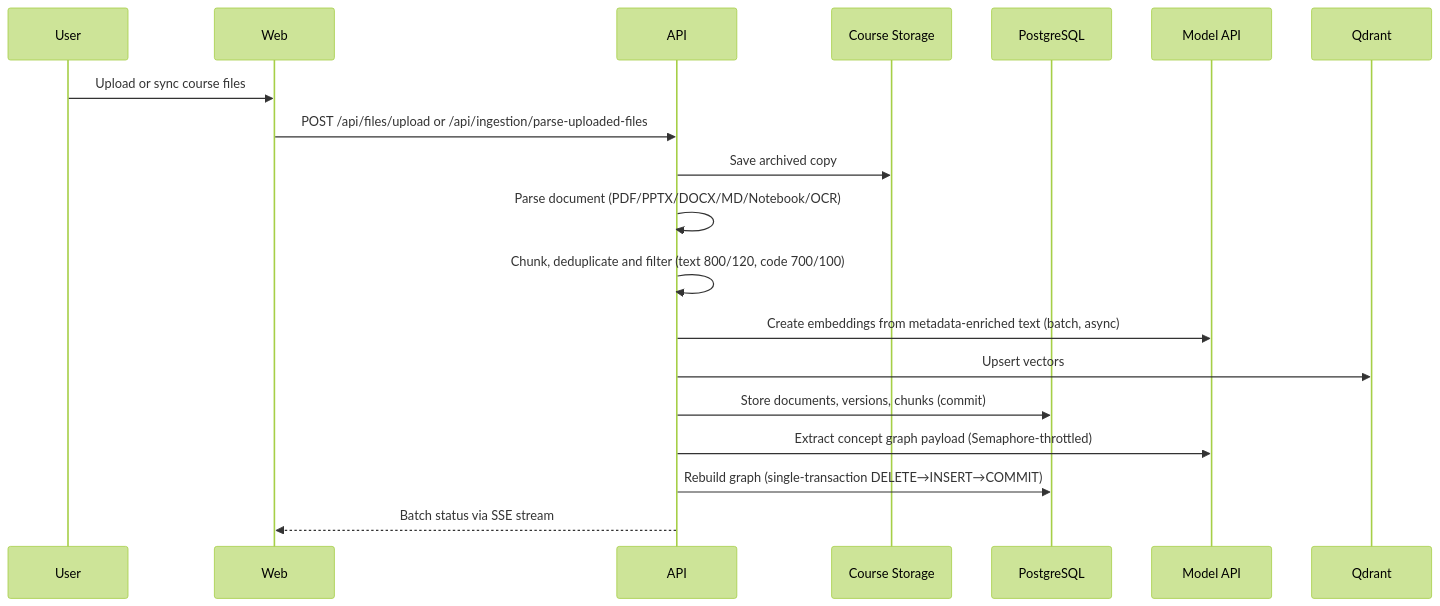
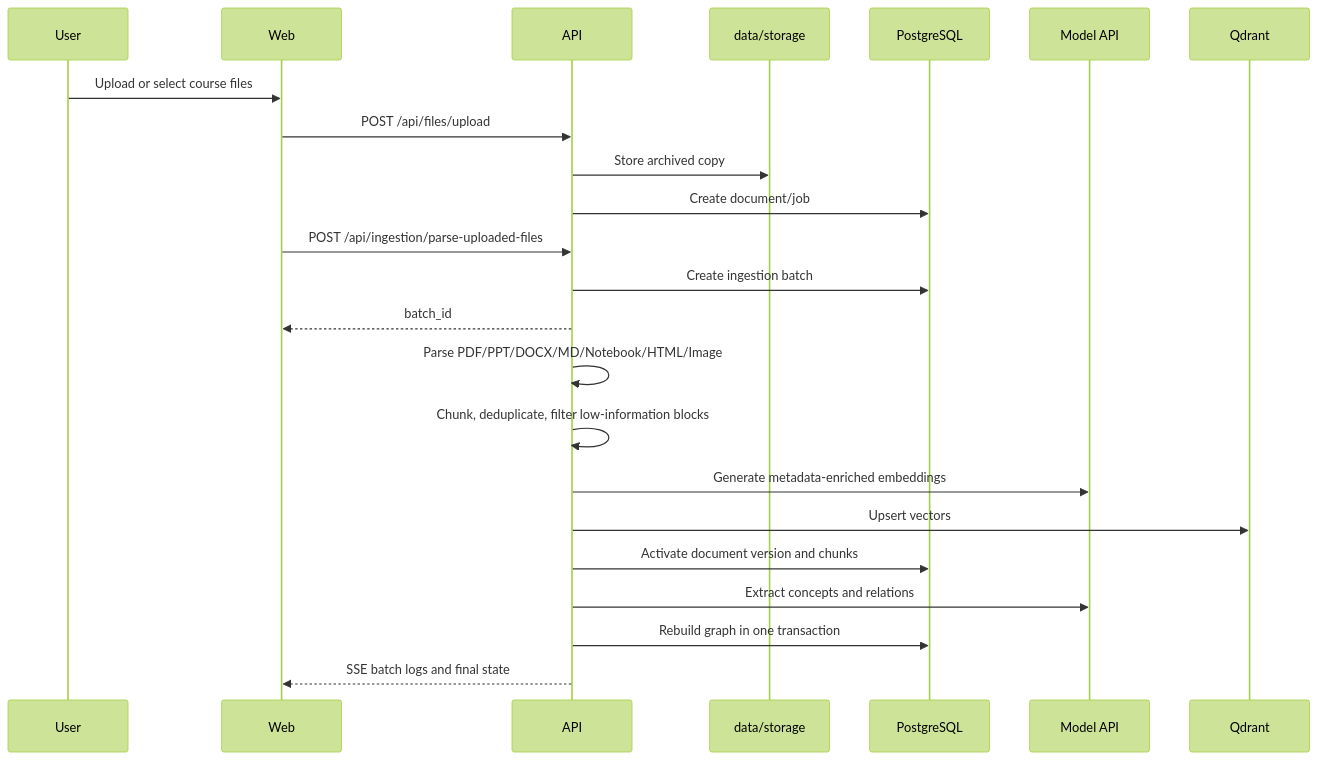
Before and after one commit to Sggggt/DialoGraph: the fourth of 7 diagrams in README.en.md, drawn with Mermaid (forest theme). The commit also changed other lines of this file and 26 other files, not shown here.

````diff
--- a/README.en.md
+++ b/README.en.md
@@ -321,22 +158,26 @@
 ```mermaid
 sequenceDiagram
     participant User
     participant Web
     participant API
-    participant FS as Course Storage
+    participant FS as data/storage
     participant DB as PostgreSQL
     participant Model as Model API
     participant Qdrant
 
-    User->>Web: Upload or sync course files
-    Web->>API: POST /api/files/upload or /api/ingestion/parse-uploaded-files
-    API->>FS: Save archived copy
-    API->>API: Parse document (PDF/PPTX/DOCX/MD/Notebook/OCR)
-    API->>API: Chunk, deduplicate and filter (text 800/120, code 700/100)
-    API->>Model: Create embeddings from metadata-enriched text (batch, async)
+    User->>Web: Upload or select course files
+    Web->>API: POST /api/files/upload
+    API->>FS: Store archived copy
+    API->>DB: Create document/job
+    Web->>API: POST /api/ingestion/parse-uploaded-files
+    API->>DB: Create ingestion batch
+    API-->>Web: batch_id
+    API->>API: Parse PDF/PPT/DOCX/MD/Notebook/HTML/Image
+    API->>API: Chunk, deduplicate, filter low-information blocks
+    API->>Model: Generate metadata-enriched embeddings
     API->>Qdrant: Upsert vectors
-    API->>DB: Store documents, versions, chunks (commit)
-    API->>Model: Extract concept graph payload (Semaphore-throttled)
-    API->>DB: Rebuild graph (single-transaction DELETE→INSERT→COMMIT)
-    API-->>Web: Batch status via SSE stream
+    API->>DB: Activate document version and chunks
+    API->>Model: Extract concepts and relations
+    API->>DB: Rebuild graph in one transaction
+    API-->>Web: SSE batch logs and final state
 ```
````
